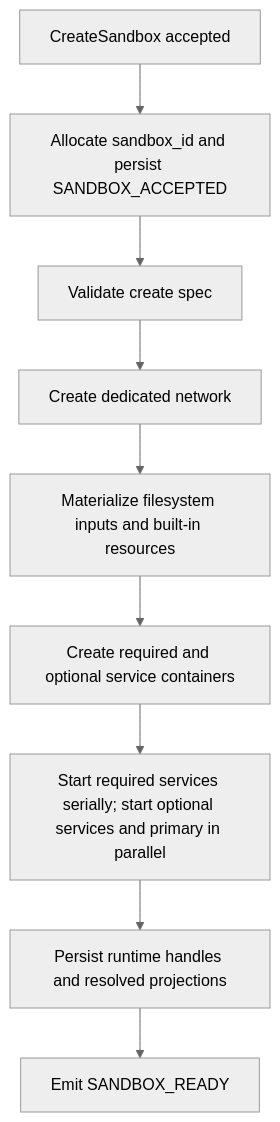
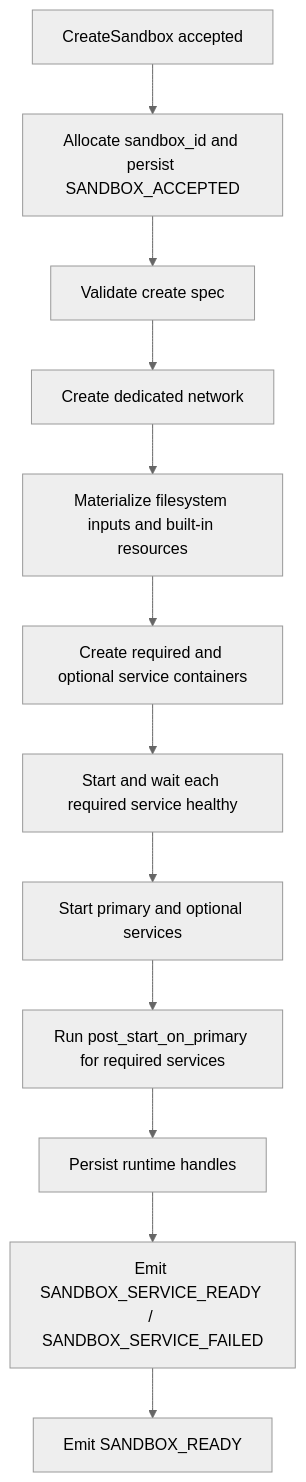
One commit to 1996fanrui/agents-sandbox changed the second of 5 diagrams in docs/sandbox_container_lifecycle.md. Above: the diagram before and after it, drawn with Mermaid (neutral theme). The commit also changed other lines of this file and 2 other files, not shown here.

Commit message:
[ISSUE-11] Update runtime and lifecycle documentation

````diff
--- a/docs/sandbox_container_lifecycle.md
+++ b/docs/sandbox_container_lifecycle.md
@@ -90,11 +90,14 @@
 ```mermaid
 flowchart TB
     A[CreateSandbox accepted] --> B[Allocate sandbox_id and persist SANDBOX_ACCEPTED]
     B --> C[Validate create spec]
     C --> D[Create dedicated network]
     D --> E[Materialize filesystem inputs and built-in resources]
     E --> F[Create required and optional service containers]
-    F --> G[Start required services serially; start optional services and primary in parallel]
-    G --> H[Persist runtime handles and resolved projections]
-    H --> I[Emit SANDBOX_READY]
+    F --> G[Start and wait each required service healthy]
+    G --> H[Start primary and optional services]
+    H --> I[Run post_start_on_primary for required services]
+    I --> J[Persist runtime handles]
+    J --> K[Emit SANDBOX_SERVICE_READY / SANDBOX_SERVICE_FAILED]
+    K --> L[Emit SANDBOX_READY]
 ```
````
